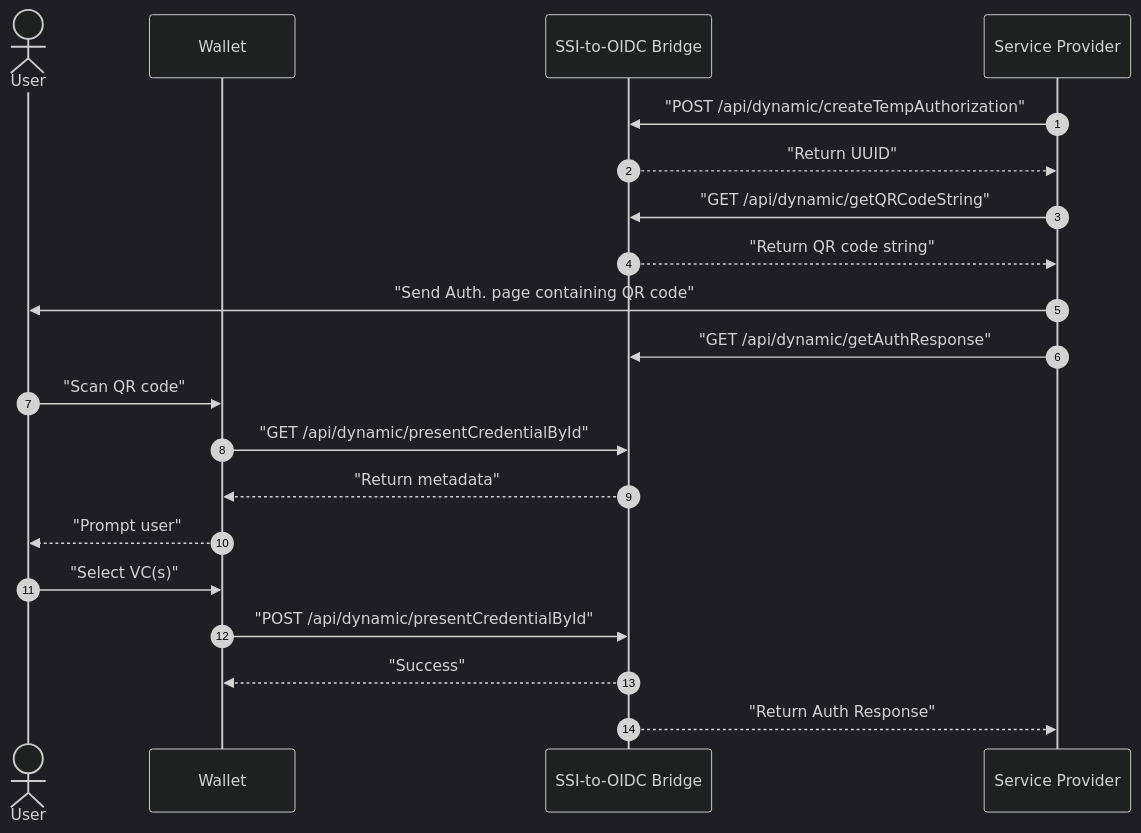
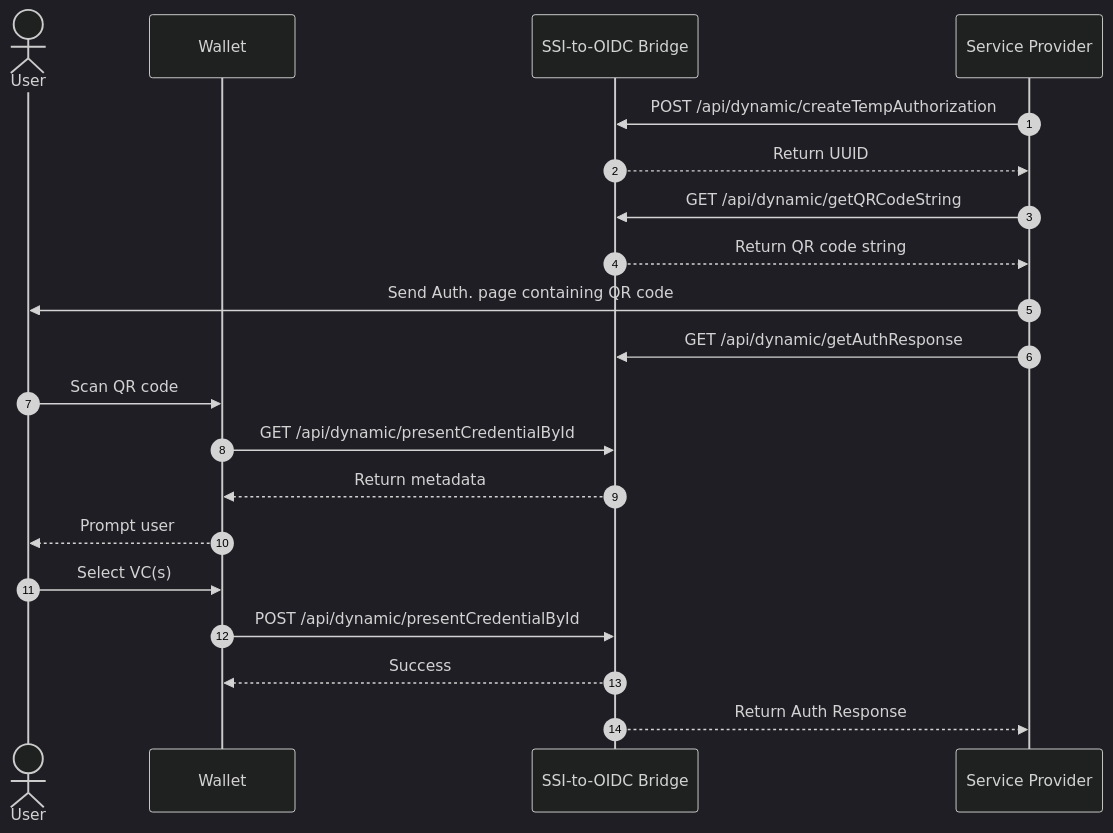
One commit to GAIA-X4PLC-AAD/ssi-to-oidc-bridge changed the third of 3 diagrams in README.md. Above: the diagram before and after it, drawn with Mermaid (dark theme). The commit also changed other lines of this file, not shown here.

````diff
--- a/README.md
+++ b/README.md
@@ -163,28 +168,28 @@
 ```mermaid
 sequenceDiagram
     autonumber
     actor User
     participant Wallet
     participant B as SSI-to-OIDC Bridge
     participant SP as Service Provider
 
-    SP ->> B: "POST /api/dynamic/createTempAuthorization"
-    B-->>SP: "Return UUID"
+    SP ->> B: POST /api/dynamic/createTempAuthorization
+    B-->>SP: Return UUID
 
-    SP->>B: "GET /api/dynamic/getQRCodeString"
-    B-->>SP: "Return QR code string"
+    SP->>B: GET /api/dynamic/getQRCodeString
+    B-->>SP: Return QR code string
 
-    SP->>User: "Send Auth. page containing QR code"
+    SP->>User: Send Auth. page containing QR code
 
-    SP->>B: "GET /api/dynamic/getAuthResponse"
-    User->>Wallet: "Scan QR code"
-    Wallet->>B: "GET /api/dynamic/presentCredentialById"
-    B-->>Wallet: "Return metadata"
-    Wallet-->>User: "Prompt user"
+    SP->>B: GET /api/dynamic/getAuthResponse
+    User->>Wallet: Scan QR code
+    Wallet->>B: GET /api/dynamic/presentCredentialById
+    B-->>Wallet: Return metadata
+    Wallet-->>User: Prompt user
 
-    User ->>Wallet: "Select VC(s)"
-    Wallet->>B: "POST /api/dynamic/presentCredentialById"
-    B-->>Wallet: "Success"
+    User ->>Wallet: Select VC(s)
+    Wallet->>B: POST /api/dynamic/presentCredentialById
+    B-->>Wallet: Success
 
-    B-->>SP: "Return Auth Response"
+    B-->>SP: Return Auth Response
 ```
````
